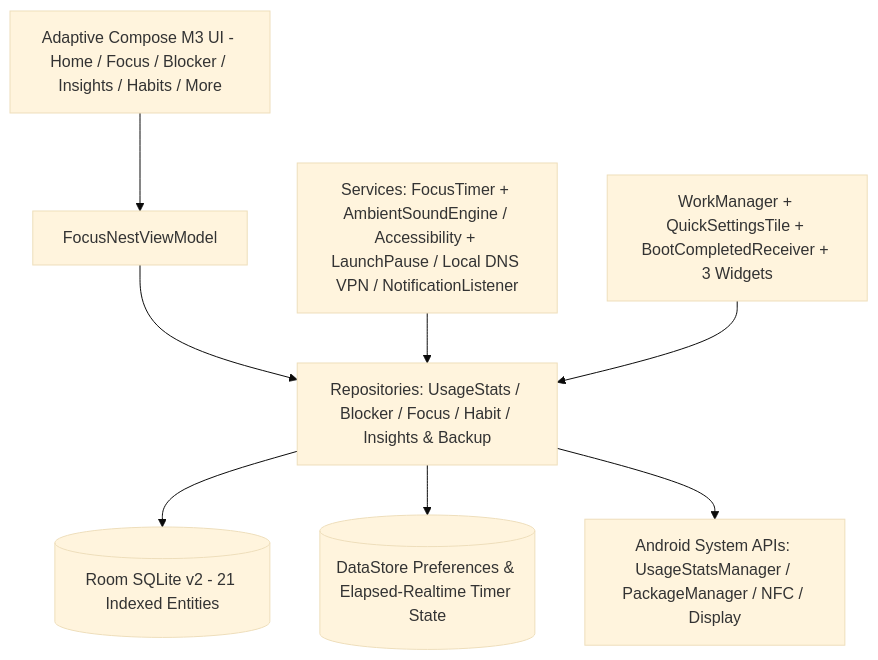
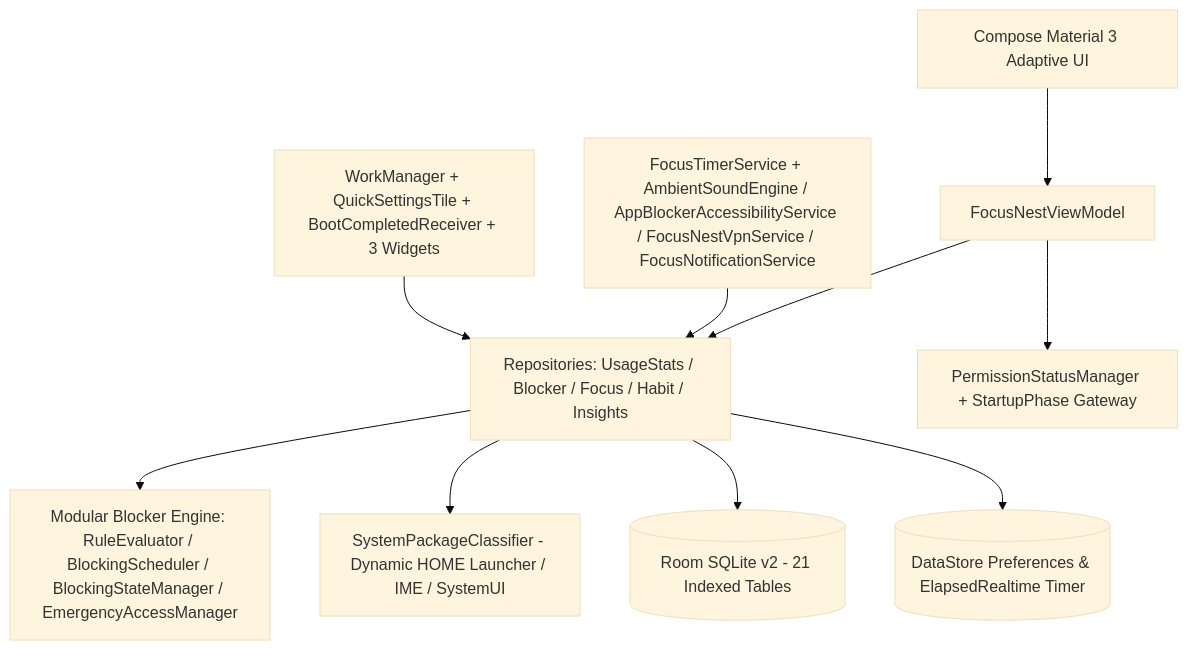
Before and after one commit to SudhirDevOps1/FocusNest: the diagram in README.md, drawn with Mermaid (base theme). The commit also changed other lines of this file and 58 other files, not shown here.

````diff
--- a/README.md
+++ b/README.md
@@ -41,10 +54,12 @@
 ```mermaid
 flowchart TD
-    UI[Adaptive Compose M3 UI - Home / Focus / Blocker / Insights / Habits / More] --> VM[FocusNestViewModel]
-    VM --> REPO[Repositories: UsageStats / Blocker / Focus / Habit / Insights & Backup]
-    REPO --> ROOM[(Room SQLite v2 - 21 Indexed Entities)]
-    REPO --> DS[(DataStore Preferences & Elapsed-Realtime Timer State)]
-    REPO --> SYS[Android System APIs: UsageStatsManager / PackageManager / NFC / Display]
-    SVC[Services: FocusTimer + AmbientSoundEngine / Accessibility + LaunchPause / Local DNS VPN / NotificationListener] --> REPO
+    UI[Compose Material 3 Adaptive UI] --> VM[FocusNestViewModel]
+    VM --> REPO[Repositories: UsageStats / Blocker / Focus / Habit / Insights]
+    VM --> PERM[PermissionStatusManager + StartupPhase Gateway]
+    REPO --> ENGINE[Modular Blocker Engine: RuleEvaluator / BlockingScheduler / BlockingStateManager / EmergencyAccessManager]
+    REPO --> SYS[SystemPackageClassifier - Dynamic HOME Launcher / IME / SystemUI]
+    REPO --> ROOM[(Room SQLite v2 - 21 Indexed Tables)]
+    REPO --> DS[(DataStore Preferences & ElapsedRealtime Timer)]
+    SVC[FocusTimerService + AmbientSoundEngine / AppBlockerAccessibilityService / FocusNestVpnService / FocusNotificationService] --> REPO
     WORK[WorkManager + QuickSettingsTile + BootCompletedReceiver + 3 Widgets] --> REPO
 ```
````
